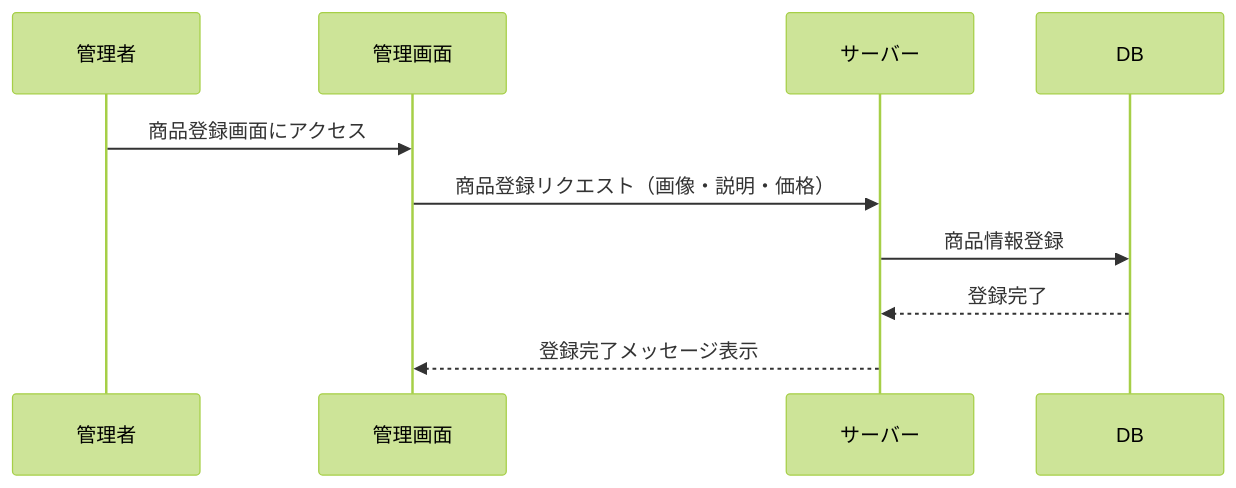
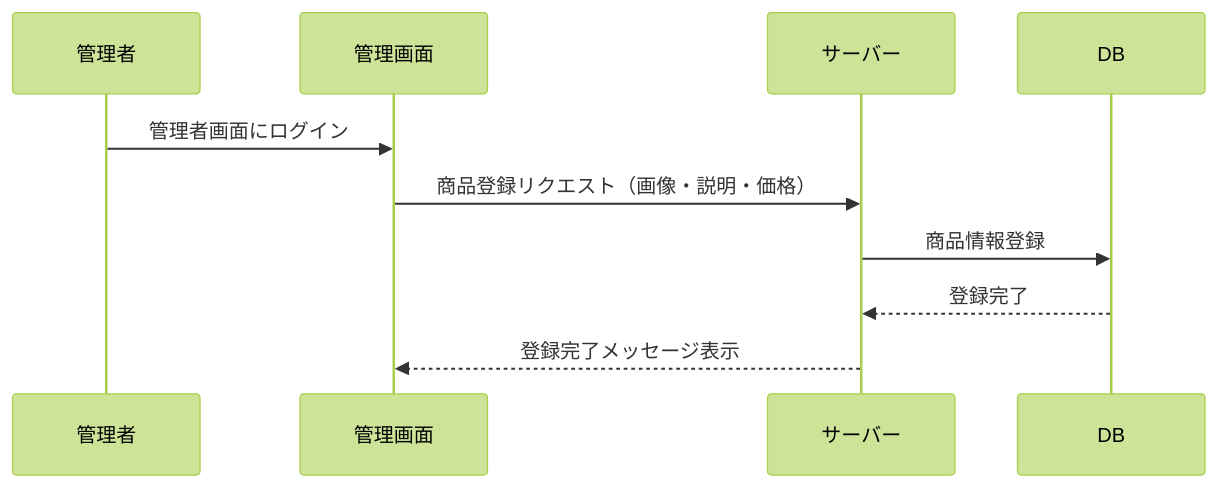
The fourth of 4 diagrams in 基本設計/基本設計.md (Hinako-Kimura127/neko), drawn with Mermaid (forest theme) before and after one commit. The commit also changed other lines of this file and 1 other file, not shown here.

```diff
--- a/基本設計/基本設計.md
+++ b/基本設計/基本設計.md
@@ -238,8 +241,8 @@
 <div class="mermaid"> 
 sequenceDiagram 
-管理者 ->> 管理画面: 商品登録画面にアクセス
+管理者 ->> 管理画面: 管理者画面にログイン
 管理画面 ->> サーバー: 商品登録リクエスト（画像・説明・価格）
 サーバー ->> DB: 商品情報登録
 DB -->> サーバー: 登録完了
 サーバー -->> 管理画面: 登録完了メッセージ表示
 </div>
```
